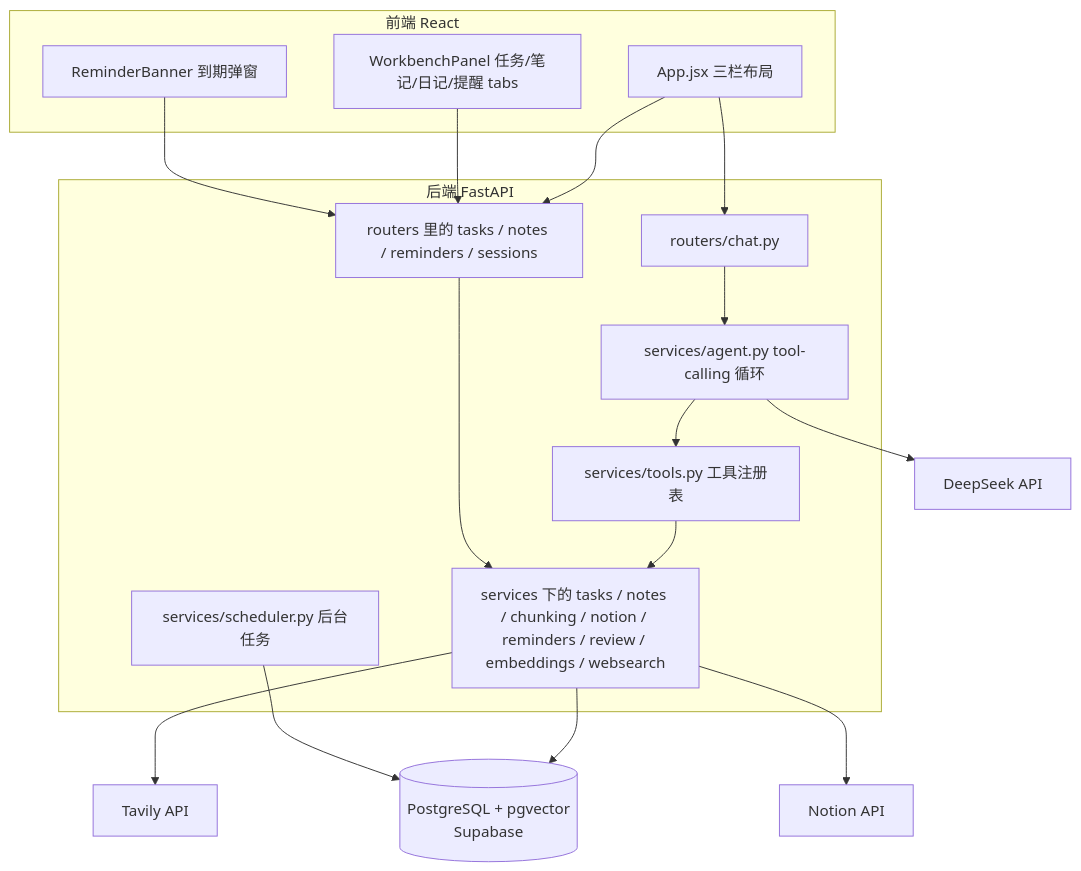
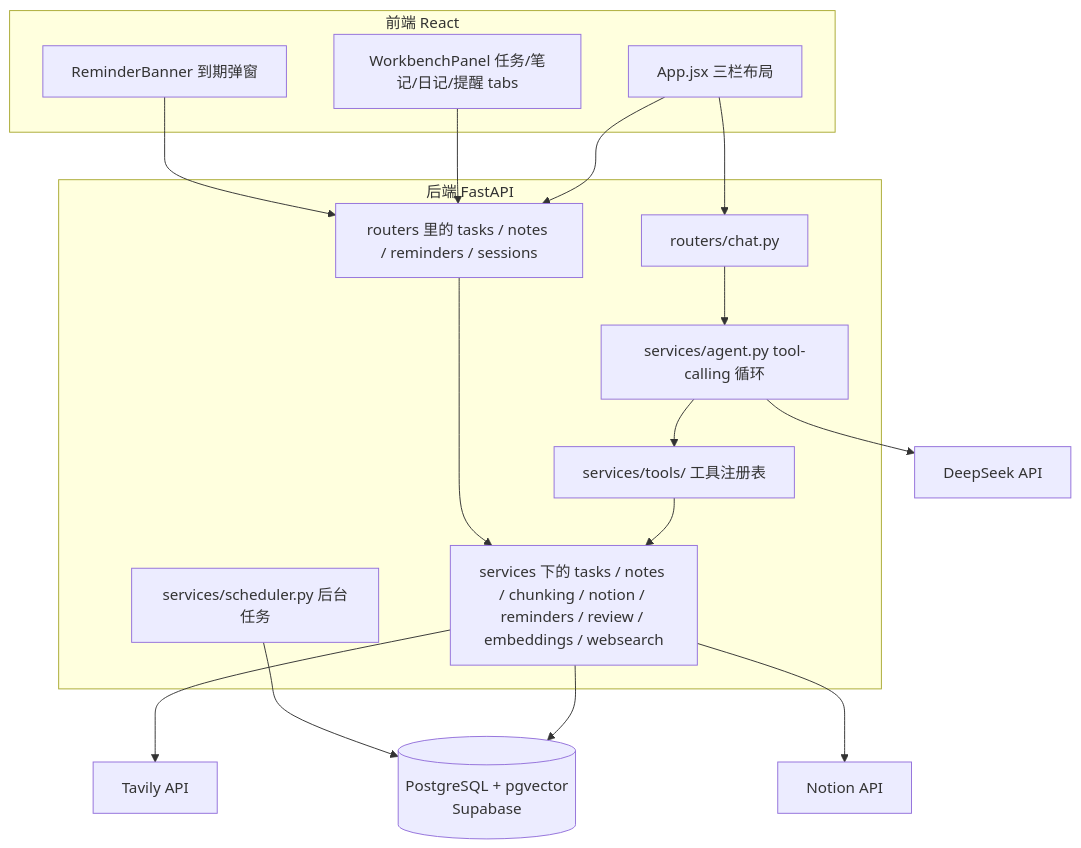
One commit to liou87/ai-chat changed the diagram in docs/ARCHITECTURE.md. Above: the diagram before and after it, drawn with Mermaid. The commit also changed other lines of this file and 12 other files, not shown here.

Commit message:
refactor: group services/notes into a package, split tools registry by domain

````diff
--- a/docs/ARCHITECTURE.md
+++ b/docs/ARCHITECTURE.md
@@ -34,37 +34,37 @@
 ```mermaid
 flowchart TB
     subgraph Frontend[前端 React]
         UI[App.jsx 三栏布局]
         WB[WorkbenchPanel 任务/笔记/日记/提醒 tabs]
         RB[ReminderBanner 到期弹窗]
     end
 
     subgraph Backend[后端 FastAPI]
         R1[routers/chat.py]
         R2[routers 里的 tasks / notes / reminders / sessions]
         AGENT[services/agent.py tool-calling 循环]
-        TOOLS[services/tools.py 工具注册表]
+        TOOLS[services/tools/ 工具注册表]
         SVC[services 下的 tasks / notes / chunking / notion / reminders / review / embeddings / websearch]
         SCHED[services/scheduler.py 后台任务]
     end
 
     DB[(PostgreSQL + pgvector<br/>Supabase)]
     DEEPSEEK[DeepSeek API]
     TAVILY[Tavily API]
     NOTION[Notion API]
 
     UI --> R1
     UI --> R2
     WB --> R2
     RB --> R2
 
     R1 --> AGENT
     AGENT --> TOOLS
     TOOLS --> SVC
     AGENT --> DEEPSEEK
     SVC --> DB
     SVC --> TAVILY
     SVC --> NOTION
     SCHED --> DB
     R2 --> SVC
 ```
````
